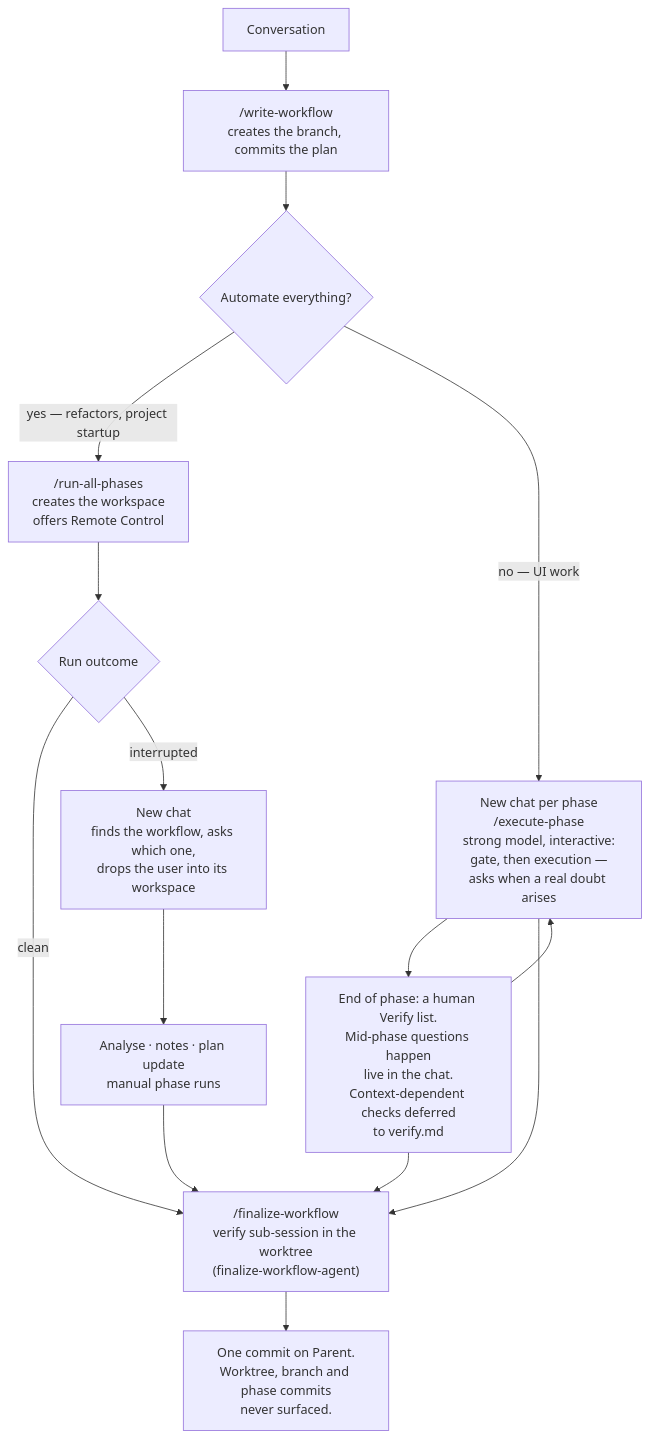
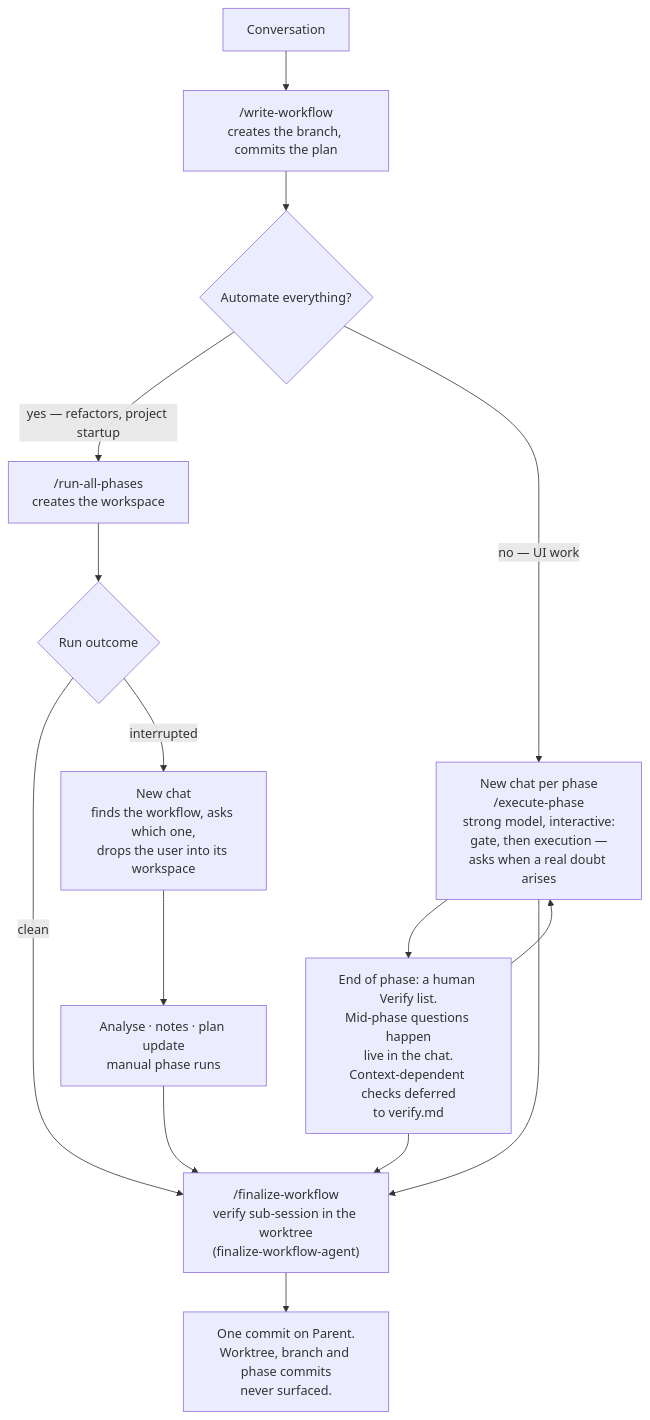
Before and after one commit to fporcari/claude-phased-workflow: the diagram in docs/target-workflow.md, drawn with Mermaid. The commit also changed other lines of this file and 16 other files, not shown here.

````diff
--- a/docs/target-workflow.md
+++ b/docs/target-workflow.md
@@ -15,17 +15,17 @@
 ```mermaid
 flowchart TD
     A[Conversation] --> B["/write-workflow<br/>creates the branch, commits the plan"]
     B --> C{"Automate everything?"}
-    C -->|"yes — refactors, project startup"| D["/run-all-phases<br/>creates the workspace<br/>offers Remote Control"]
+    C -->|"yes — refactors, project startup"| D["/run-all-phases<br/>creates the workspace"]
     C -->|"no — UI work"| E["New chat per phase<br/>/execute-phase<br/>strong model, interactive:<br/>gate, then execution —<br/>asks when a real doubt arises"]
     E --> E2["End of phase: a human Verify list.<br/>Mid-phase questions happen<br/>live in the chat.<br/>Context-dependent checks deferred<br/>to verify.md"]
     E2 --> E
     E2 --> G
     D --> F{Run outcome}
     F -->|clean| G["/finalize-workflow<br/>verify sub-session in the worktree<br/>(finalize-workflow-agent)"]
     F -->|interrupted| H["New chat<br/>finds the workflow, asks which one,<br/>drops the user into its workspace"]
     H --> I["Analyse · notes · plan update<br/>manual phase runs"]
     I --> G
     E --> G
     G --> J["One commit on Parent.<br/>Worktree, branch and phase commits<br/>never surfaced."]
 ```
````
